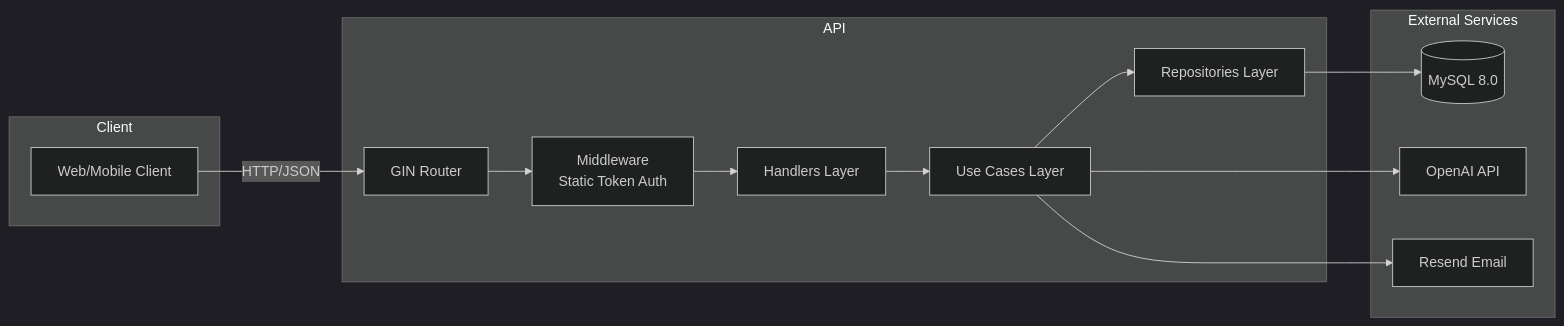
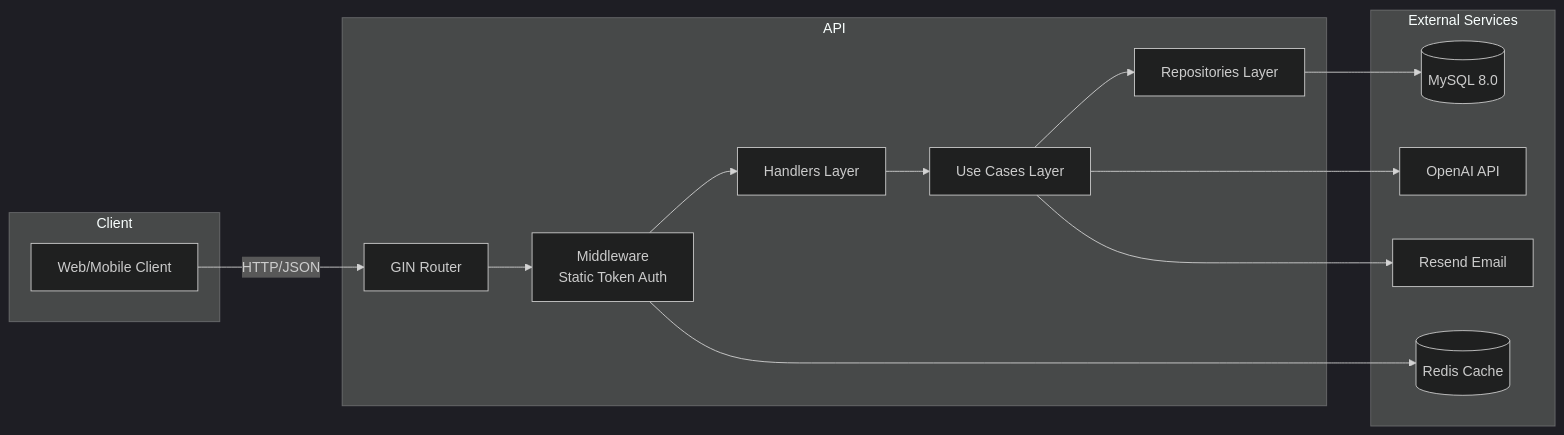
One commit to Daniel-Fonseca-da-Silva/dafon-cv-api changed the first of 6 diagrams in README.md. Above: the diagram before and after it, drawn with Mermaid (dark theme). The commit also changed other lines of this file, not shown here.

Commit message:
fix: updated readme with rate limit and redis

````diff
--- a/README.md
+++ b/README.md
@@ -95,24 +98,26 @@
 ```mermaid
 flowchart LR
   subgraph Client
     A[Web/Mobile Client]
   end
 
   subgraph API
     B[GIN Router]
     C[Middleware\nStatic Token Auth]
     D[Handlers Layer]
     E[Use Cases Layer]
     F[Repositories Layer]
   end
 
   subgraph External Services
     G[(MySQL 8.0)]
     H[OpenAI API]
     I[Resend Email]
+    J[(Redis Cache)]
   end
 
   A -->|HTTP/JSON| B --> C --> D --> E --> F --> G
   E --> H
   E --> I
+  C --> J
 ```
````
